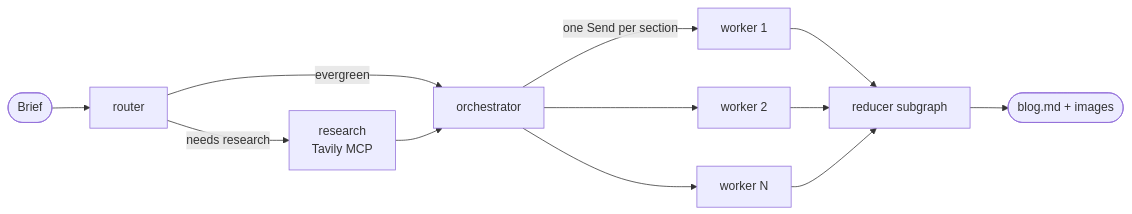
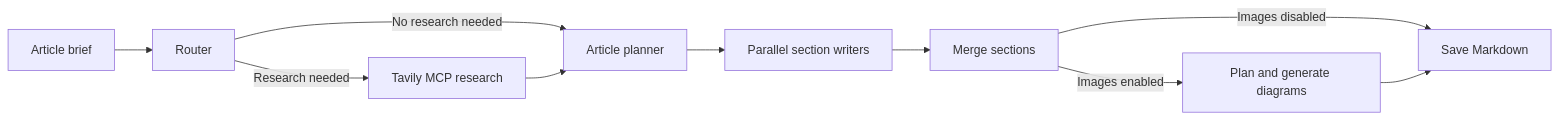
Before and after one commit to RSinthu/agentic-blog-writer: the diagram in README.md, drawn with Mermaid. The commit also changed other lines of this file and 4 other files, not shown here.

````diff
--- a/README.md
+++ b/README.md
@@ -46,12 +32,12 @@
 ```mermaid
 flowchart LR
-    A([Brief]) --> R[router]
-    R -- needs research --> S[research<br/>Tavily MCP]
-    R -- evergreen --> O[orchestrator]
-    S --> O
-    O -- one Send per section --> W1[worker 1]
-    O --> W2[worker 2]
-    O --> Wn[worker N]
-    W1 & W2 & Wn --> X[reducer subgraph]
-    X --> F([blog.md + images])
+    B[Article brief] --> R[Router]
+    R -->|Research needed| S[Tavily MCP research]
+    R -->|No research needed| P[Article planner]
+    S --> P
+    P --> W[Parallel section writers]
+    W --> M[Merge sections]
+    M -->|Images enabled| I[Plan and generate diagrams]
+    M -->|Images disabled| F[Save Markdown]
+    I --> F
 ```
````
